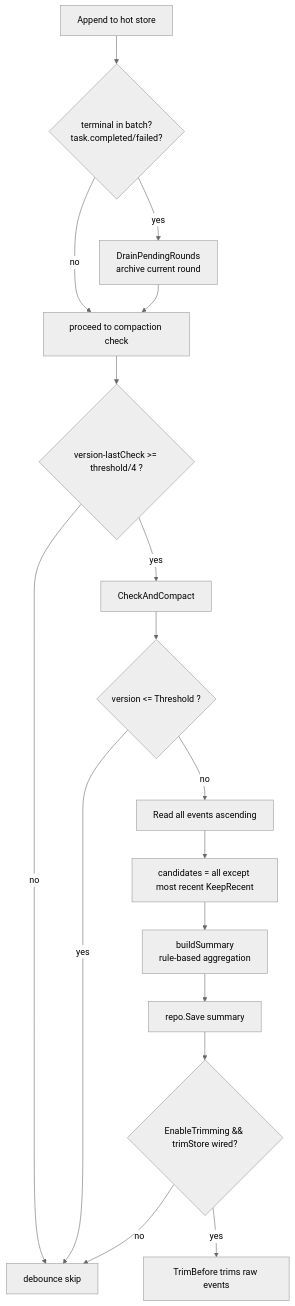
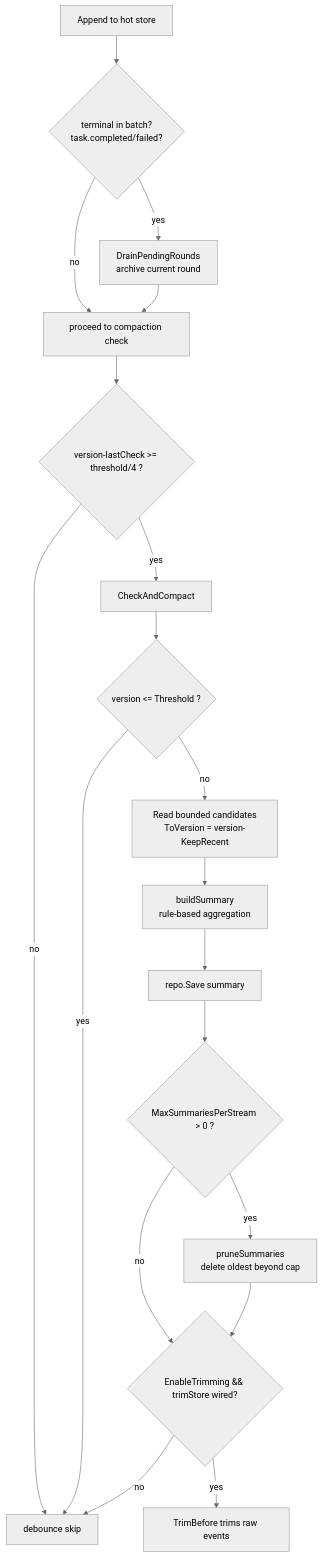
The third of 6 diagrams in docs/articles/en/08-event-system-deep-dive.md (Timwood0x10/ARES), drawn with Mermaid (neutral theme) before and after one commit. The commit also changed other lines of this file and 3 other files, not shown here.

````diff
--- a/docs/articles/en/08-event-system-deep-dive.md
+++ b/docs/articles/en/08-event-system-deep-dive.md
@@ -215,19 +217,21 @@
 ```mermaid
 graph TD
     A[Append to hot store] --> B{terminal in batch?<br/>task.completed/failed?}
     B -->|yes| C[DrainPendingRounds<br/>archive current round]
     B -->|no| D[proceed to compaction check]
     C --> D
     D --> E{version-lastCheck >= threshold/4 ?}
     E -->|no| Z[debounce skip]
     E -->|yes| F[CheckAndCompact]
     F --> G{version <= Threshold ?}
     G -->|yes| Z
-    G -->|no| H[Read all events ascending]
-    H --> I[candidates = all except most recent KeepRecent]
-    I --> J[buildSummary<br/>rule-based aggregation]
-    J --> K[repo.Save summary]
-    K --> L{EnableTrimming && trimStore wired?}
+    G -->|no| H[Read bounded candidates<br/>ToVersion = version-KeepRecent]
+    H --> I[buildSummary<br/>rule-based aggregation]
+    I --> K[repo.Save summary]
+    K --> K2{MaxSummariesPerStream > 0 ?}
+    K2 -->|yes| K3[pruneSummaries<br/>delete oldest beyond cap]
+    K2 -->|no| L
+    K3 --> L{EnableTrimming && trimStore wired?}
     L -->|yes| M[TrimBefore trims raw events]
     L -->|no| Z
 ```
````
